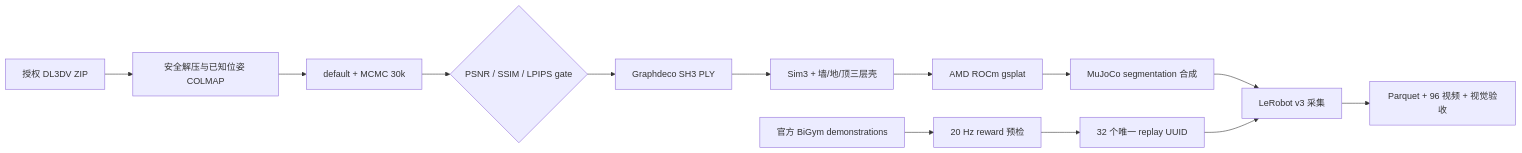
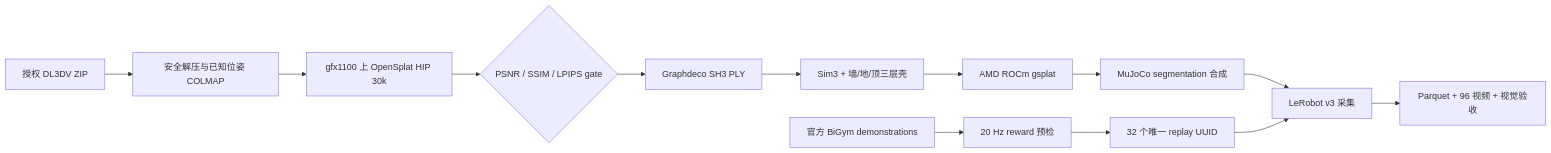
The diagram in README.zh-CN.md (eust-w/amd-bigym-3dgs-rocm), drawn with Mermaid before and after one commit. The commit also changed other lines of this file and 12 other files, not shown here.

````diff
--- a/README.zh-CN.md
+++ b/README.zh-CN.md
@@ -64,15 +68,15 @@
 ```mermaid
 flowchart LR
   A[授权 DL3DV ZIP] --> B[安全解压与已知位姿 COLMAP]
-  B --> C[default + MCMC 30k]
+  B --> C[gfx1100 上 OpenSplat HIP 30k]
   C --> D{PSNR / SSIM / LPIPS gate}
   D --> E[Graphdeco SH3 PLY]
   E --> F[Sim3 + 墙/地/顶三层壳]
   F --> G[AMD ROCm gsplat]
   G --> H[MuJoCo segmentation 合成]
   I[官方 BiGym demonstrations] --> J[20 Hz reward 预检]
   J --> K[32 个唯一 replay UUID]
   H --> L[LeRobot v3 采集]
   K --> L
   L --> M[Parquet + 96 视频 + 视觉验收]
 ```
````
